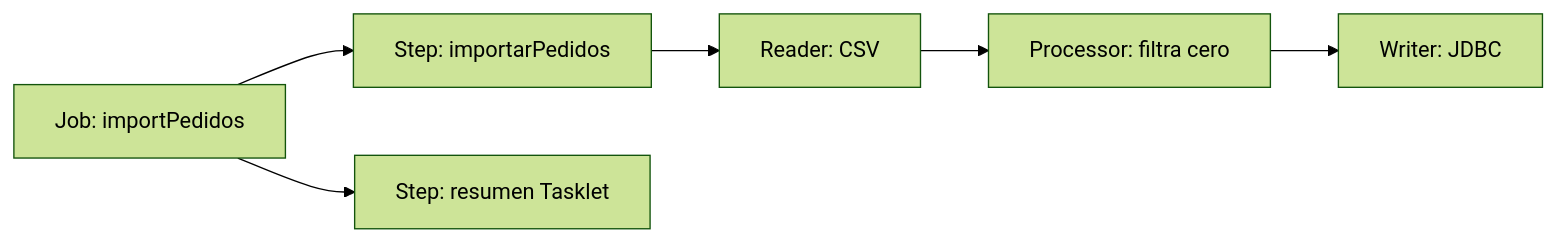
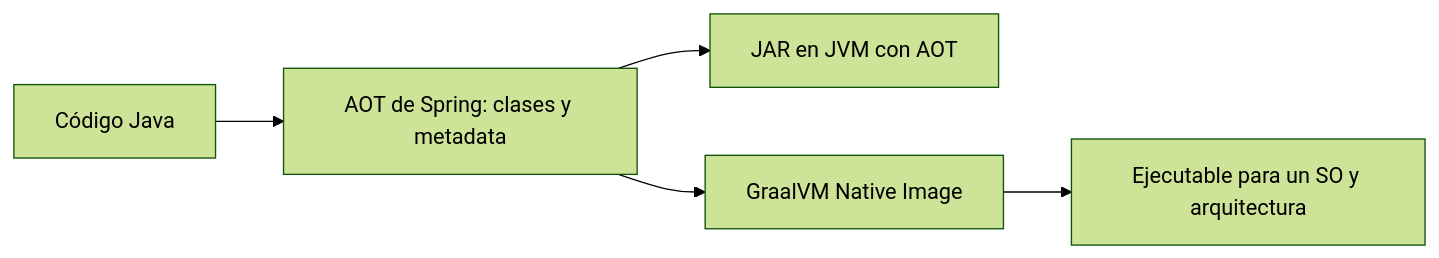
The second of 4 diagrams in web/public/content/spring-boot/modulo-19.md (NICORUIZ93/The_Imperial_Book), drawn with Mermaid (forest theme) before and after one commit. The commit also changed other lines of this file and 125 other files, not shown here.

First line of the commit message:
Spring Boot de 27 a 21 módulos con temas de Boot 4, Java 25, correcciones de Flutter y KMP verificadas en el Mac, y kits de verificación (specs/015, 016)

````diff
--- a/web/public/content/spring-boot/modulo-19.md
+++ b/web/public/content/spring-boot/modulo-19.md
@@ -26,8 +161,7 @@
 ```mermaid
 flowchart LR
-  Job[Job: importPedidos] --> Step1[Step: importarPedidos]
-  Step1 --> Reader[Reader: CSV]
-  Reader --> Processor[Processor: filtra cero]
-  Processor --> Writer[Writer: JDBC]
-  Job --> Step2[Step: resumen Tasklet]
+  C[Código Java] --> A[AOT de Spring: clases y metadata]
+  A --> J[JAR en JVM con AOT]
+  A --> N[GraalVM Native Image]
+  N --> B[Ejecutable para un SO y arquitectura]
 ```
````
